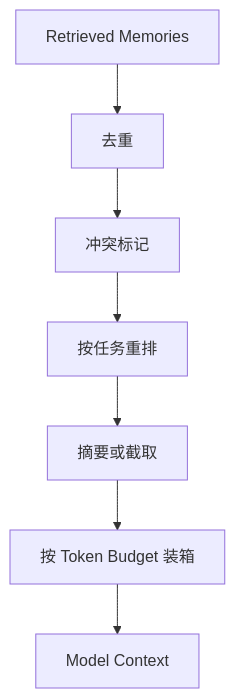
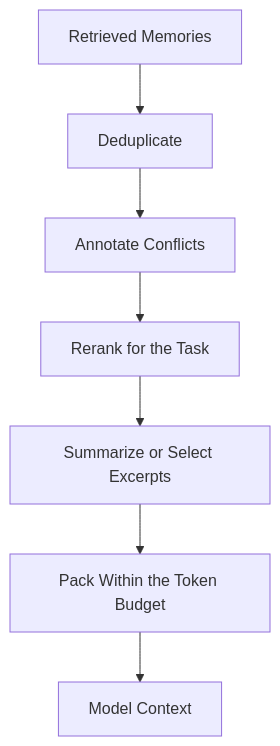
The tenth of 15 diagrams in docs/agent/03-memory-context/07-agent-memory.md (oneleaveknowsthefall/awesome-ai-roadmap), drawn with Mermaid before and after one commit. The commit also changed other lines of this file and 68 other files, not shown here.

````diff
--- a/docs/agent/03-memory-context/07-agent-memory.md
+++ b/docs/agent/03-memory-context/07-agent-memory.md
@@ -623,9 +623,9 @@
 ```mermaid
 flowchart TB
-    R[Retrieved Memories] --> C1[去重]
-    C1 --> C2[冲突标记]
-    C2 --> C3[按任务重排]
-    C3 --> C4[摘要或截取]
-    C4 --> C5[按 Token Budget 装箱]
+    R[Retrieved Memories] --> C1[Deduplicate]
+    C1 --> C2[Annotate Conflicts]
+    C2 --> C3[Rerank for the Task]
+    C3 --> C4[Summarize or Select Excerpts]
+    C4 --> C5[Pack Within the Token Budget]
     C5 --> CTX[Model Context]
 ```
````
